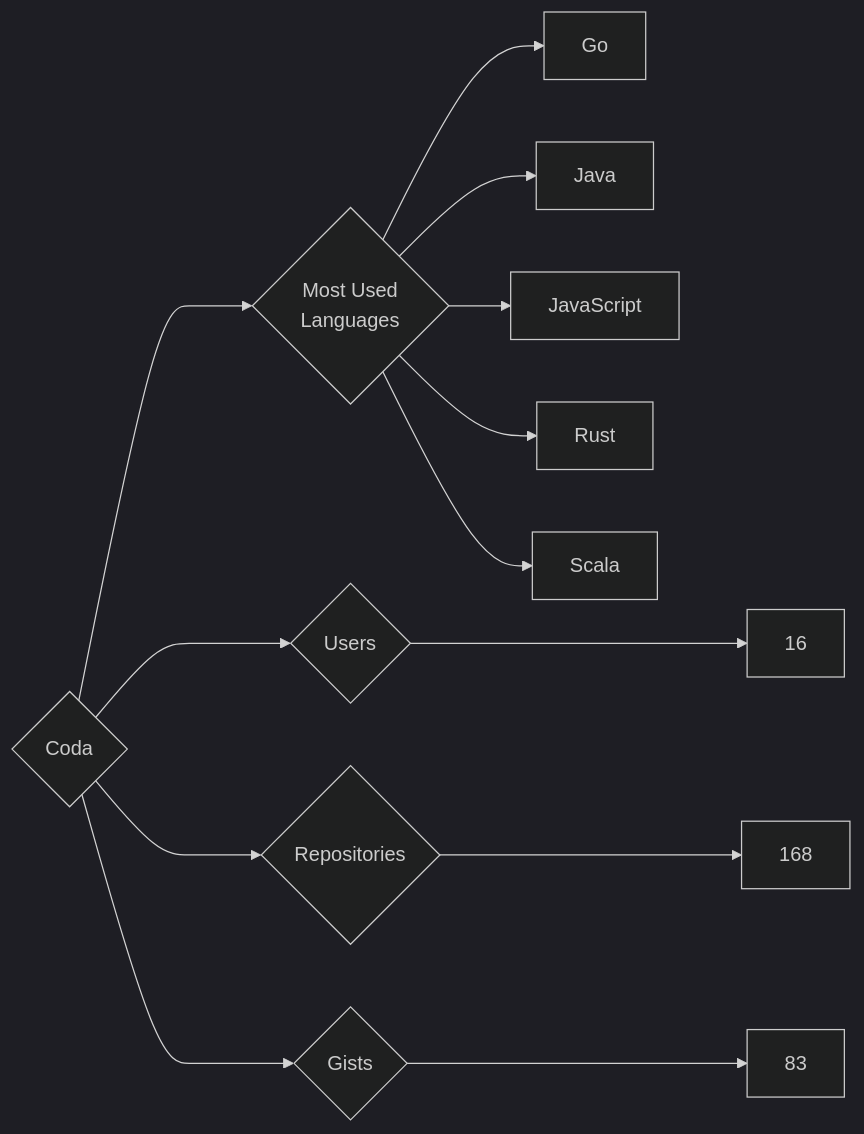
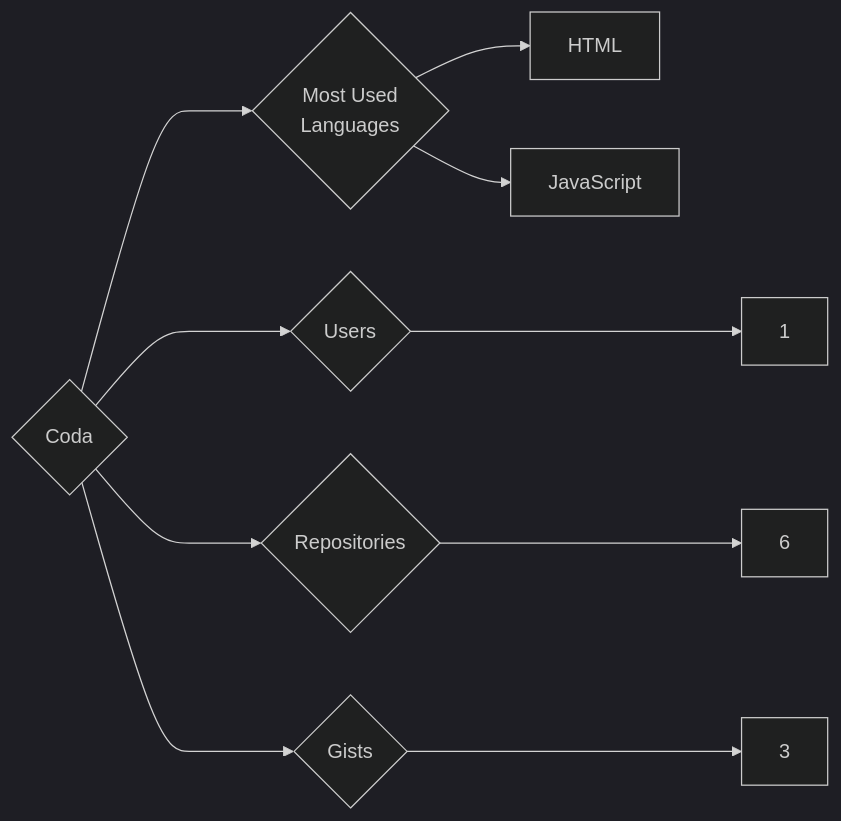
Before and after one commit to trickest/insiders: the diagram in targets/Coda/README.md, drawn with Mermaid (dark theme). The commit also changed 895 other files, not shown here.

````diff
--- a/targets/Coda/README.md
+++ b/targets/Coda/README.md
@@ -3,13 +3,10 @@
 ```mermaid
 graph LR
 COMPANY_NAME{Coda}
-COMPANY_NAME ---> U{Users} ---> UN[16]
-COMPANY_NAME ---> R{Repositories} ---> RN[168]
-COMPANY_NAME ---> G{Gists} ---> GN[83]
+COMPANY_NAME ---> U{Users} ---> UN[1]
+COMPANY_NAME ---> R{Repositories} ---> RN[6]
+COMPANY_NAME ---> G{Gists} ---> GN[3]
 COMPANY_NAME ---> ML{Most Used<br>Languages}
-ML --> Go[Go]
-ML --> Java[Java]
+ML --> HTML[HTML]
 ML --> JavaScript[JavaScript]
-ML --> Rust[Rust]
-ML --> Scala[Scala]
 ```
````
